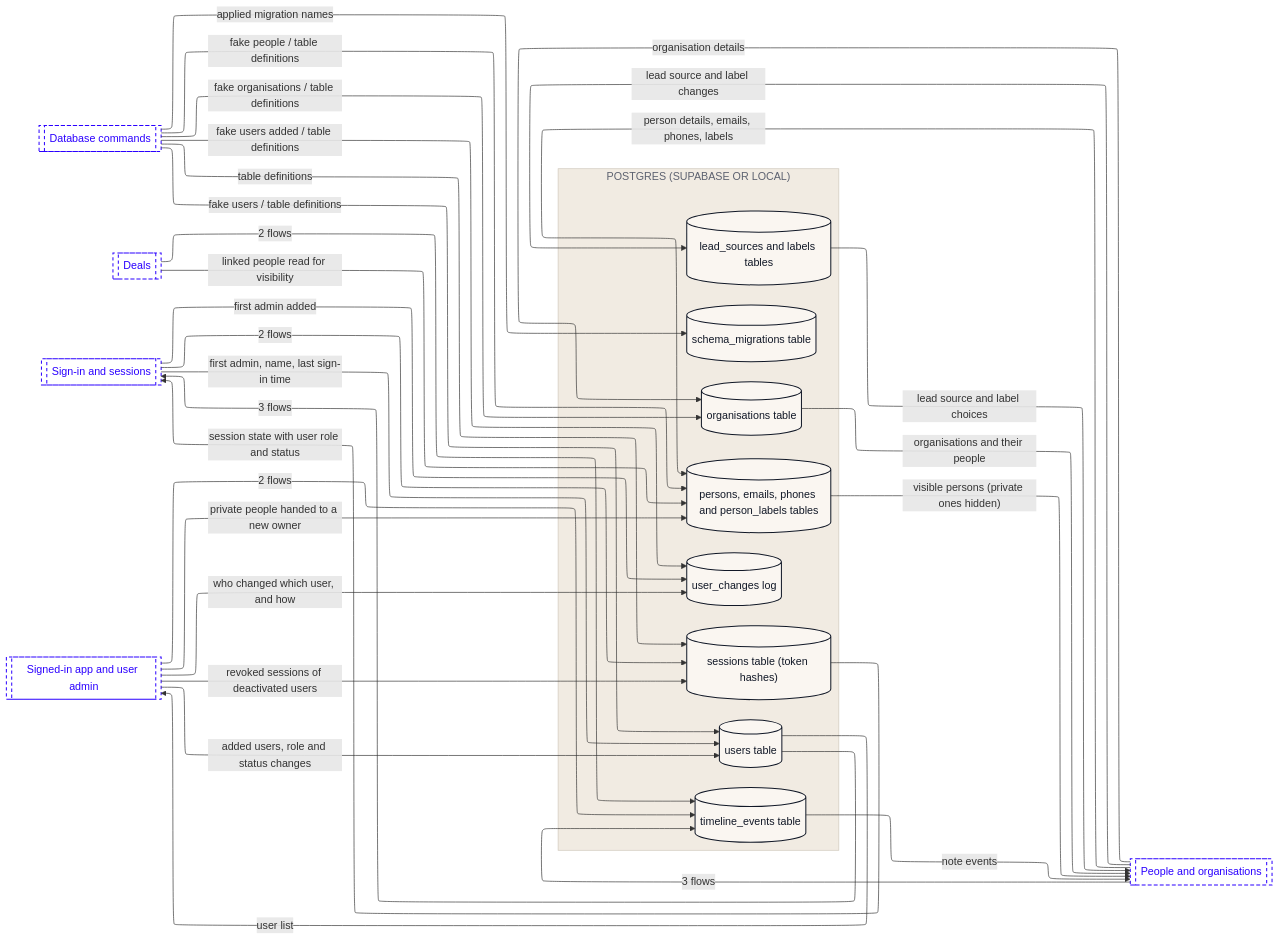
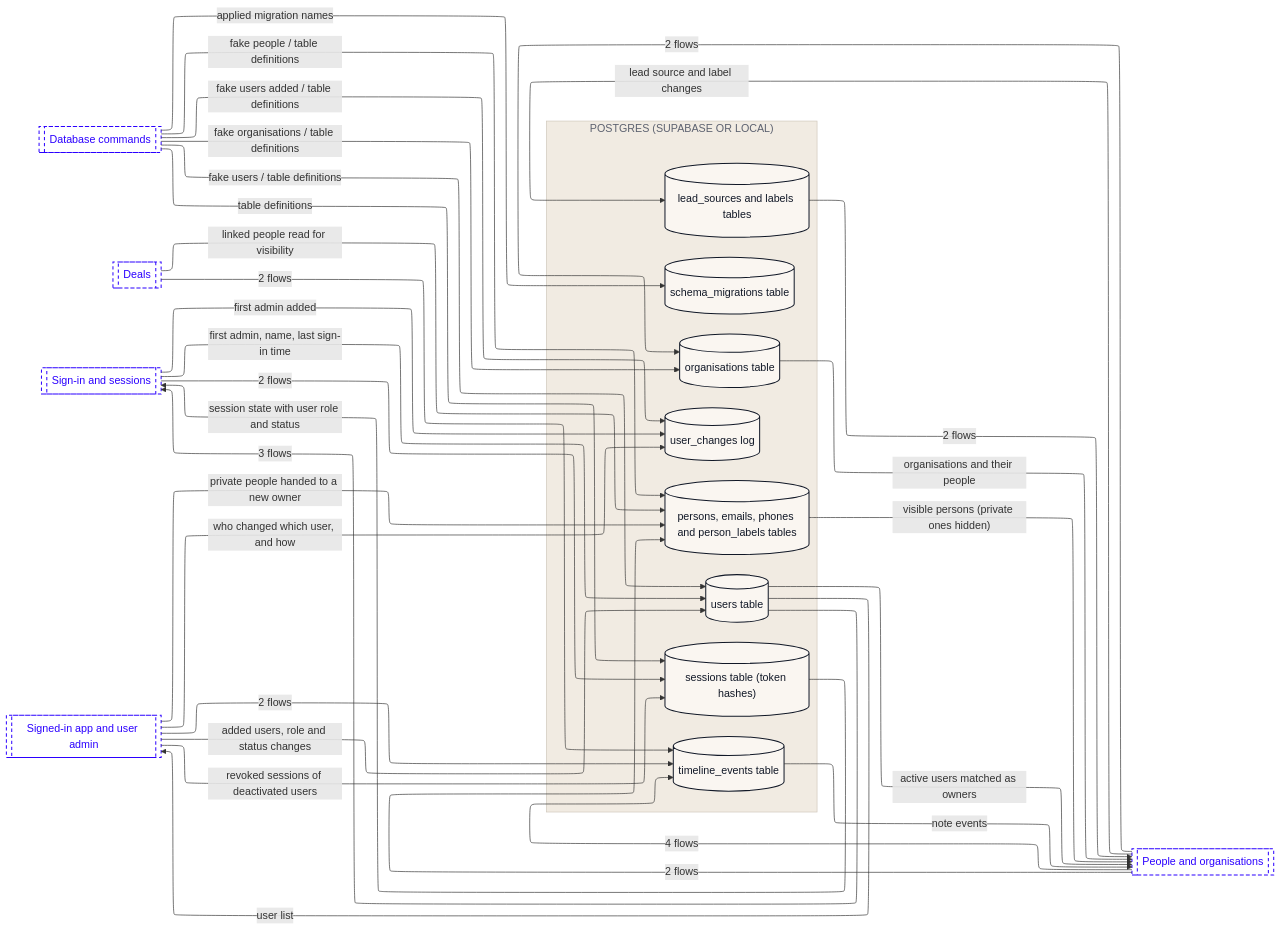
One commit to Romain-Perche/Barnacle-Pipe changed the third of 10 diagrams in dataflow/DATAFLOW.md. Above: the diagram before and after it, drawn with Mermaid. The commit also changed other lines of this file and 7 other files, not shown here.

````diff
--- a/dataflow/DATAFLOW.md
+++ b/dataflow/DATAFLOW.md
@@ -145,58 +145,59 @@
 ```mermaid
 ---
 config:
   layout: elk
 ---
 flowchart LR
     subgraph z1["POSTGRES (SUPABASE OR LOCAL)"]
         n1[("lead_sources and labels tables")]
         n2[("organisations table")]
         n3[("persons, emails, phones and person_labels tables")]
         n4[("schema_migrations table")]
         n5[("sessions table (token hashes)")]
         n6[("timeline_events table")]
         n7[("user_changes log")]
         n8[("users table")]
     end
     n9[["Database commands"]]
     n10[["Deals"]]
     n11[["People and organisations"]]
     n12[["Sign-in and sessions"]]
     n13[["Signed-in app and user admin"]]
     n11 -->|"lead source and label changes"| n1
-    n1 -->|"lead source and label choices"| n11
+    n1 -->|"2 flows"| n11
     n12 -->|"2 flows"| n5
     n12 -->|"first admin added"| n7
     n12 -->|"first admin, name, last sign-in time"| n8
+    n11 -->|"2 flows"| n2
+    n11 -->|"2 flows"| n3
+    n11 -->|"4 flows"| n6
     n10 -->|"linked people read for visibility"| n3
     n10 -->|"2 flows"| n6
     n9 -->|"fake organisations / table definitions"| n2
     n9 -->|"fake people / table definitions"| n3
     n9 -->|"applied migration names"| n4
     n9 -->|"table definitions"| n5
     n9 -->|"fake users added / table definitions"| n7
     n9 -->|"fake users / table definitions"| n8
-    n11 -->|"3 flows"| n6
-    n11 -->|"organisation details"| n2
     n2 -->|"organisations and their people"| n11
-    n11 -->|"person details, emails, phones, labels"| n3
     n3 -->|"visible persons (private ones hidden)"| n11
     n5 -->|"session state with user role and status"| n12
     n6 -->|"note events"| n11
     n13 -->|"private people handed to a new owner"| n3
     n13 -->|"revoked sessions of deactivated users"| n5
     n13 -->|"2 flows"| n6
     n13 -->|"who changed which user, and how"| n7
     n13 -->|"added users, role and status changes"| n8
     n8 -->|"3 flows"| n12
+    n8 -->|"active users matched as owners"| n11
     n8 -->|"user list"| n13
     classDef actor fill:#FFFFFF,stroke:#111827,stroke-width:1px,color:#111827
     classDef process fill:#EDEAFF,stroke:#2B00FF,stroke-width:1.5px,color:#111827
     classDef store fill:#FAF6F1,stroke:#111827,stroke-width:1.5px,color:#111827
     classDef zone fill:#1A1A1A,stroke:#1A1A1A,color:#FFFFFF
     classDef group fill:#2B00FF,stroke:#2B00FF,color:#FFFFFF
     classDef stub fill:#FFFFFF,stroke:#2B00FF,stroke-width:1.5px,stroke-dasharray:5 4,color:#2B00FF
     class n1,n2,n3,n4,n5,n6,n7,n8 store
     class n9,n10,n11,n12,n13 stub
     style z1 fill:#F1EBE2,stroke:#CFC7BB,color:#5D6270
 ```
````
